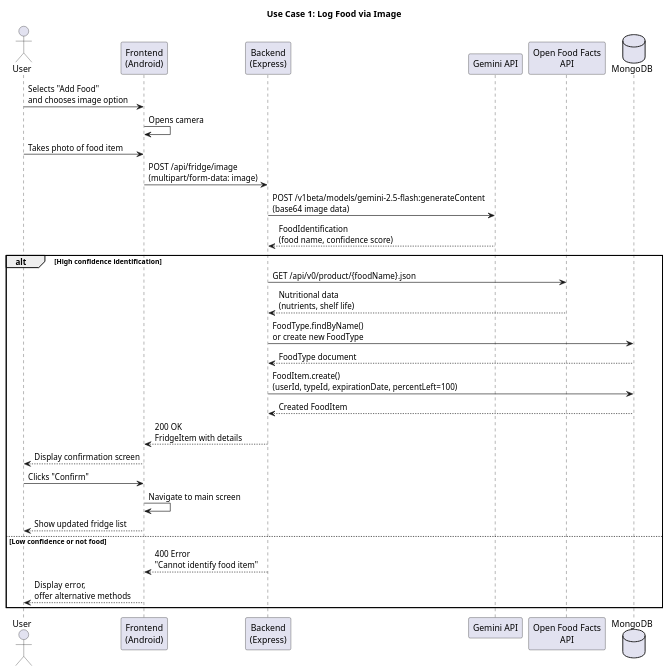
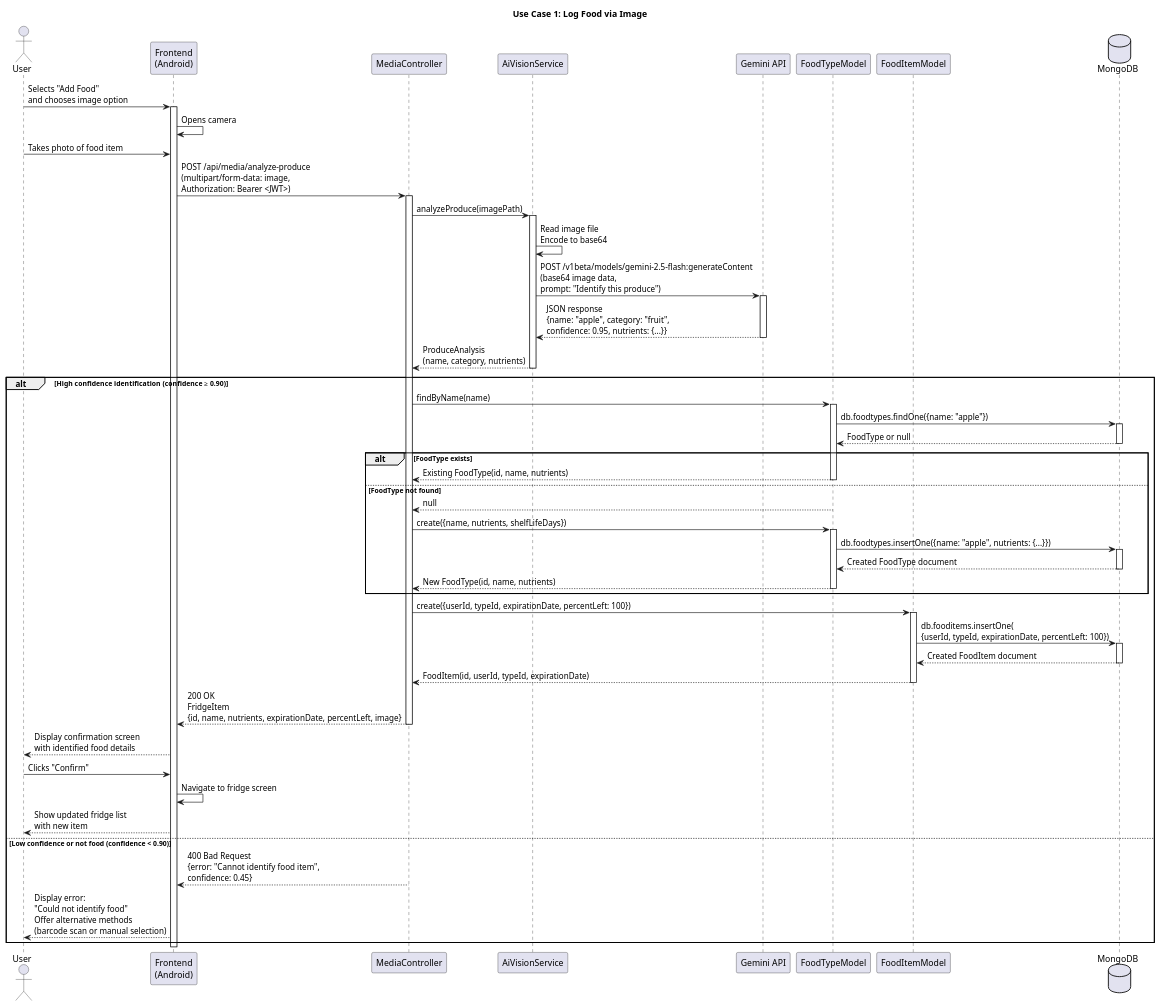
Before and after one commit to virtualfridge/virtualfridge: the diagram in documentation/diagrams/imageDiagram.plantuml, drawn with PlantUML. The commit also changed 5 other files, not shown here.

```diff
--- a/documentation/diagrams/imageDiagram.plantuml
+++ b/documentation/diagrams/imageDiagram.plantuml
@@ -1,40 +1,77 @@
 @startuml
 title Use Case 1: Log Food via Image
 
 actor User
 participant "Frontend\n(Android)" as Frontend
-participant "Backend\n(Express)" as Backend
+participant "MediaController" as Controller
+participant "AiVisionService" as AiVision
 participant "Gemini API" as Gemini
-participant "Open Food Facts\nAPI" as OpenFood
+participant "FoodTypeModel" as FoodTypeModel
+participant "FoodItemModel" as FoodItemModel
 database "MongoDB" as DB
 
 User -> Frontend: Selects "Add Food"\nand chooses image option
+activate Frontend
 Frontend -> Frontend: Opens camera
 User -> Frontend: Takes photo of food item
-Frontend -> Backend: POST /api/fridge/image\n(multipart/form-data: image)
+Frontend -> Controller: POST /api/media/analyze-produce\n(multipart/form-data: image,\nAuthorization: Bearer <JWT>)
+activate Controller
 
-Backend -> Gemini: POST /v1beta/models/gemini-2.5-flash:generateContent\n(base64 image data)
-Gemini --> Backend: FoodIdentification\n(food name, confidence score)
+Controller -> AiVision: analyzeProduce(imagePath)
+activate AiVision
+AiVision -> AiVision: Read image file\nEncode to base64
+AiVision -> Gemini: POST /v1beta/models/gemini-2.5-flash:generateContent\n(base64 image data,\nprompt: "Identify this produce")
+activate Gemini
+Gemini --> AiVision: JSON response\n{name: "apple", category: "fruit",\nconfidence: 0.95, nutrients: {...}}
+deactivate Gemini
+AiVision --> Controller: ProduceAnalysis\n(name, category, nutrients)
+deactivate AiVision
 
-alt High confidence identification
-    Backend -> OpenFood: GET /api/v0/product/{foodName}.json
-    OpenFood --> Backend: Nutritional data\n(nutrients, shelf life)
+alt High confidence identification (confidence ≥ 0.90)
+    Controller -> FoodTypeModel: findByName(name)
+    activate FoodTypeModel
+    FoodTypeModel -> DB: db.foodtypes.findOne({name: "apple"})
+    activate DB
+    DB --> FoodTypeModel: FoodType or null
+    deactivate DB
 
-    Backend -> DB: FoodType.findByName()\nor create new FoodType
-    DB --> Backend: FoodType document
+    alt FoodType exists
+        FoodTypeModel --> Controller: Existing FoodType(id, name, nutrients)
+        deactivate FoodTypeModel
+    else FoodType not found
+        FoodTypeModel --> Controller: null
+        deactivate FoodTypeModel
+        Controller -> FoodTypeModel: create({name, nutrients, shelfLifeDays})
+        activate FoodTypeModel
+        FoodTypeModel -> DB: db.foodtypes.insertOne({name: "apple", nutrients: {...}})
+        activate DB
+        DB --> FoodTypeModel: Created FoodType document
+        deactivate DB
+        FoodTypeModel --> Controller: New FoodType(id, name, nutrients)
+        deactivate FoodTypeModel
+    end
 
-    Backend -> DB: FoodItem.create()\n(userId, typeId, expirationDate, percentLeft=100)
-    DB --> Backend: Created FoodItem
+    Controller -> FoodItemModel: create({userId, typeId, expirationDate, percentLeft: 100})
+    activate FoodItemModel
+    FoodItemModel -> DB: db.fooditems.insertOne(\n{userId, typeId, expirationDate, percentLeft: 100})
+    activate DB
+    DB --> FoodItemModel: Created FoodItem document
+    deactivate DB
+    FoodItemModel --> Controller: FoodItem(id, userId, typeId, expirationDate)
+    deactivate FoodItemModel
 
-    Backend --> Frontend: 200 OK\nFridgeItem with details
-    Frontend --> User: Display confirmation screen
+    Controller --> Frontend: 200 OK\nFridgeItem\n{id, name, nutrients, expirationDate, percentLeft, image}
+    deactivate Controller
+    Frontend --> User: Display confirmation screen\nwith identified food details
     User -> Frontend: Clicks "Confirm"
-    Frontend -> Frontend: Navigate to main screen
-    Frontend --> User: Show updated fridge list
+    Frontend -> Frontend: Navigate to fridge screen
+    Frontend --> User: Show updated fridge list\nwith new item
 
-else Low confidence or not food
-    Backend --> Frontend: 400 Error\n"Cannot identify food item"
-    Frontend --> User: Display error,\noffer alternative methods
+else Low confidence or not food (confidence < 0.90)
+    Controller --> Frontend: 400 Bad Request\n{error: "Cannot identify food item",\nconfidence: 0.45}
+    deactivate Controller
+    Frontend --> User: Display error:\n"Could not identify food"\nOffer alternative methods\n(barcode scan or manual selection)
 end
+deactivate Frontend
 
 @enduml
```
